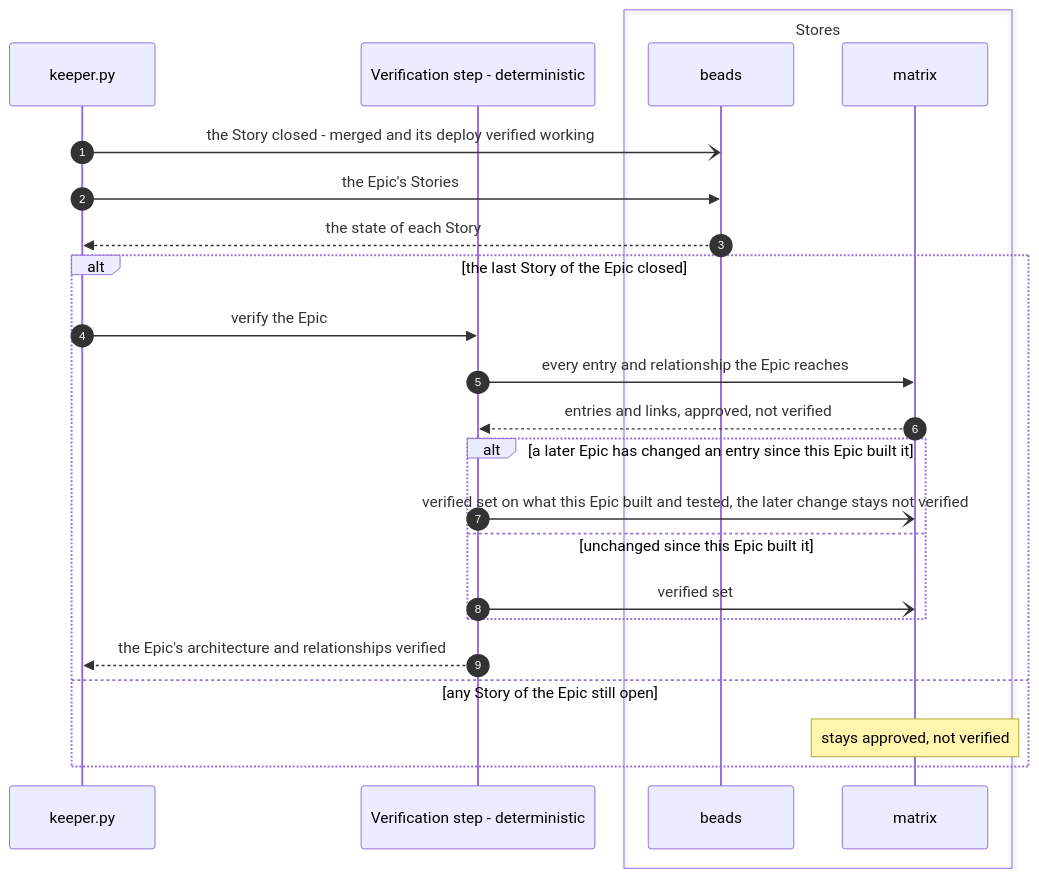
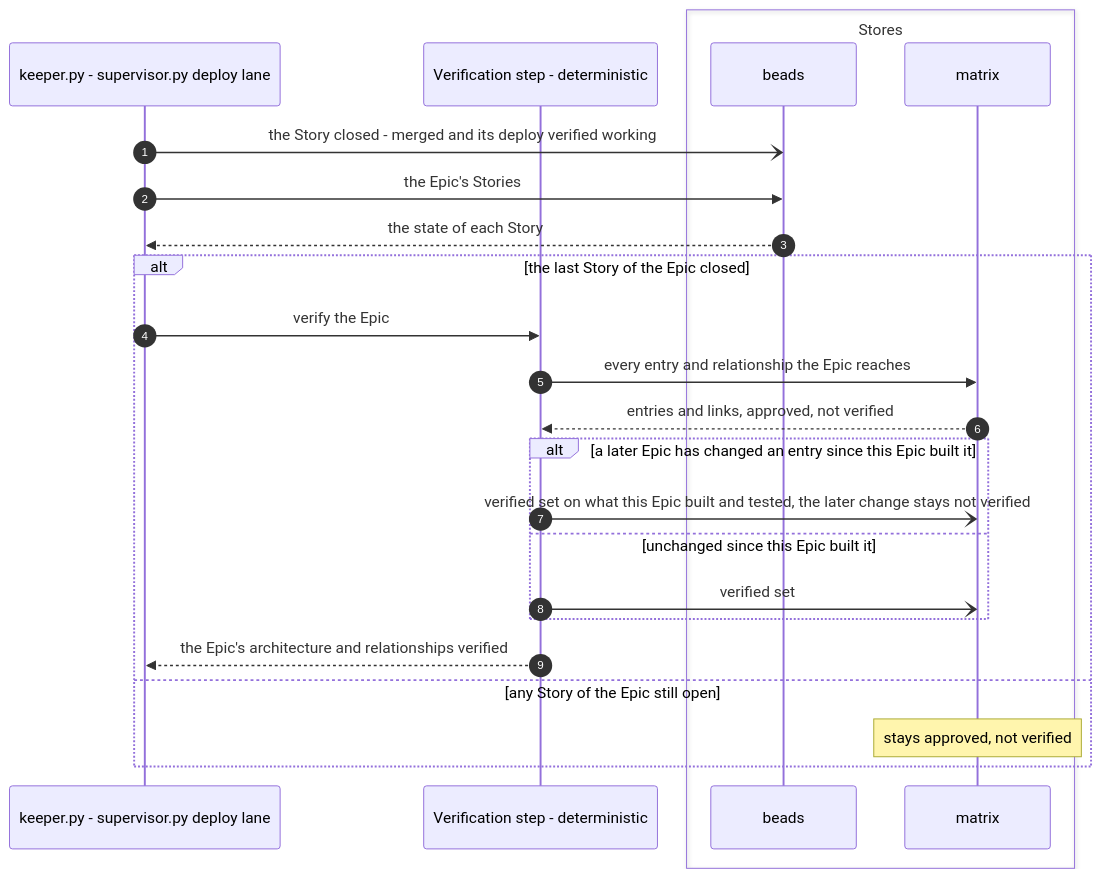
Before and after one commit to mark-satterfield/toolset: the seventh of 9 diagrams in plugins/agent-teams-workforce/blueprint/design/pipelines-deploy.md, drawn with Mermaid. The commit also changed other lines of this file and 1 other file, not shown here.

First line of the commit message:
docs(blueprint): draw keeper and supervisor from their code and start the driver at a ready Epic

````diff
--- a/plugins/agent-teams-workforce/blueprint/design/pipelines-deploy.md
+++ b/plugins/agent-teams-workforce/blueprint/design/pipelines-deploy.md
@@ -479,27 +486,27 @@
 ```mermaid
 sequenceDiagram
     autonumber
-    participant K as keeper.py
+    participant K as keeper.py - supervisor.py deploy lane
     participant VS as Verification step - deterministic
     box Stores
         participant BD as beads
         participant MX as matrix
     end
 
     K-)BD: the Story closed - merged and its deploy verified working
     K->>BD: the Epic's Stories
     BD-->>K: the state of each Story
     alt the last Story of the Epic closed
         K->>VS: verify the Epic
         VS->>MX: every entry and relationship the Epic reaches
         MX-->>VS: entries and links, approved, not verified
         alt a later Epic has changed an entry since this Epic built it
             VS-)MX: verified set on what this Epic built and tested, the later change stays not verified
         else unchanged since this Epic built it
             VS-)MX: verified set
         end
         VS-->>K: the Epic's architecture and relationships verified
     else any Story of the Epic still open
         Note over MX: stays approved, not verified
     end
 ```
````
